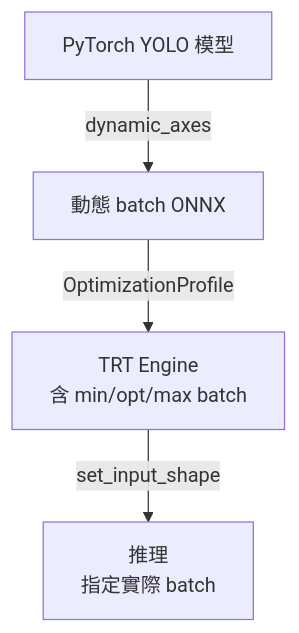
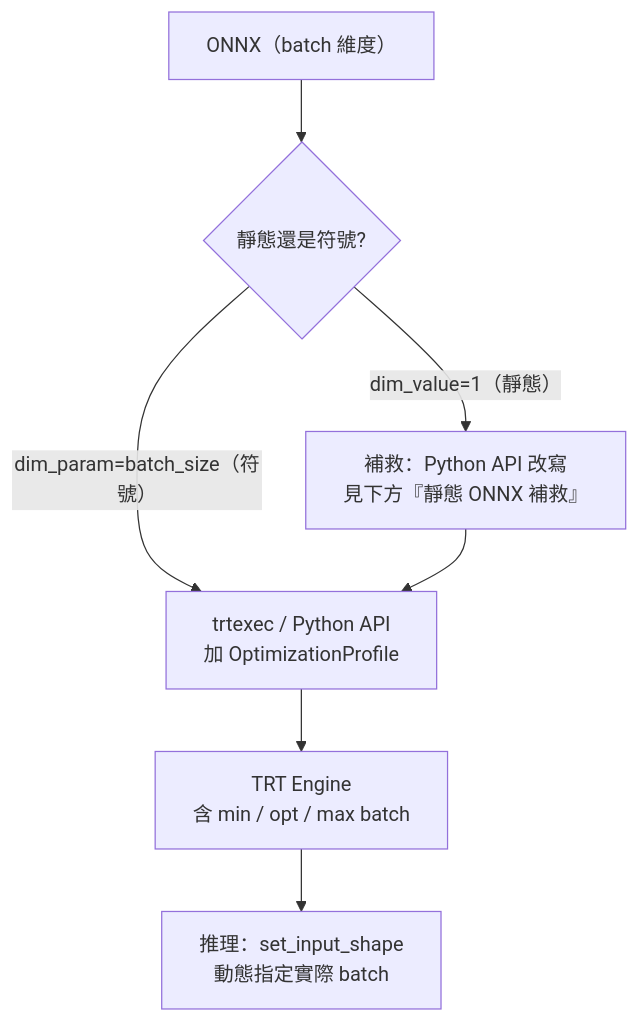
The first of 2 diagrams in book/src/workflow/dynamic-batch.md (wizardhsiehcom/tensorrt), drawn with Mermaid before and after one commit. The commit also changed other lines of this file and 14 other files, not shown here.

````diff
--- a/book/src/workflow/dynamic-batch.md
+++ b/book/src/workflow/dynamic-batch.md
@@ -7,6 +20,9 @@
 ```mermaid
 flowchart TD
-    A[PyTorch YOLO 模型] -->|dynamic_axes| B[動態 batch ONNX]
-    B -->|OptimizationProfile| C["TRT Engine<br/>含 min/opt/max batch"]
-    C -->|set_input_shape| D["推理<br/>指定實際 batch"]
+    A["ONNX（batch 維度）"] --> B{靜態還是符號?}
+    B -->|"dim_value=1（靜態）"| C["補救：Python API 改寫<br/>見下方『靜態 ONNX 補救』"]
+    B -->|"dim_param=batch_size（符號）"| D["trtexec / Python API<br/>加 OptimizationProfile"]
+    C --> D
+    D --> E["TRT Engine<br/>含 min / opt / max batch"]
+    E --> F["推理：set_input_shape<br/>動態指定實際 batch"]
 ```
````
